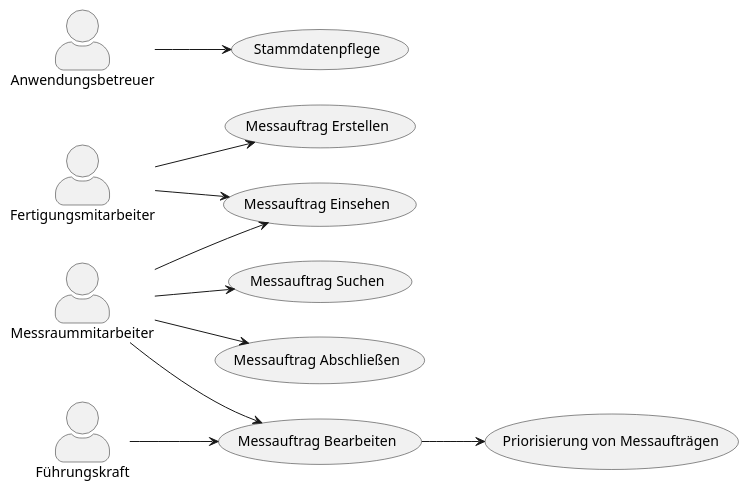
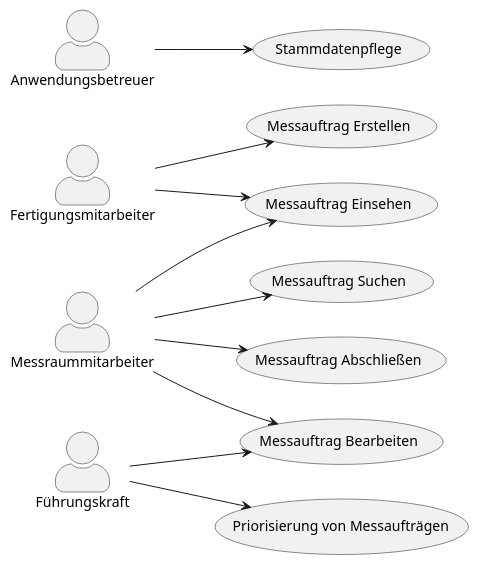
Before and after one commit to TomasPinolini/schrauberVerwaltung: the diagram in uml/Messauftrag-Verwaltung/UCs.plantuml, drawn with PlantUML. The commit also changed 6 other files, not shown here.

Commit message:
9:10 - 19.05 - Schrauber Verwaltung UML Diagrams (80%)

```diff
--- a/uml/Messauftrag-Verwaltung/UCs.plantuml
+++ b/uml/Messauftrag-Verwaltung/UCs.plantuml
@@ -1,33 +1,33 @@
 @startuml "Use Cases Messauftrag-Verwaltung"
 left to right direction
 skinparam actorStyle awesome
 
 actor Fertigungsmitarbeiter as f
 actor Messraummitarbeiter as m
 actor Anwendungsbetreuer as a
 actor Führungskraft as fk
 
 usecase "Messauftrag Erstellen" as erstellen
 usecase "Messauftrag Einsehen" as einsehen
 usecase "Messauftrag Suchen" as suchen
 usecase "Messauftrag Bearbeiten" as bearbeiten
 usecase "Messauftrag Abschließen" as abschließen
 usecase "Stammdatenpflege" as stammdatenflege
 usecase "Priorisierung von Messaufträgen" as PVM
 
 f --> erstellen
 f --> einsehen
 m --> einsehen
 m --> suchen
 m --> bearbeiten
 fk --> bearbeiten
 m --> abschließen
 a --> stammdatenflege
-bearbeiten --> PVM
+fk --> PVM
 
 
 
 
 
 
 @enduml
```
